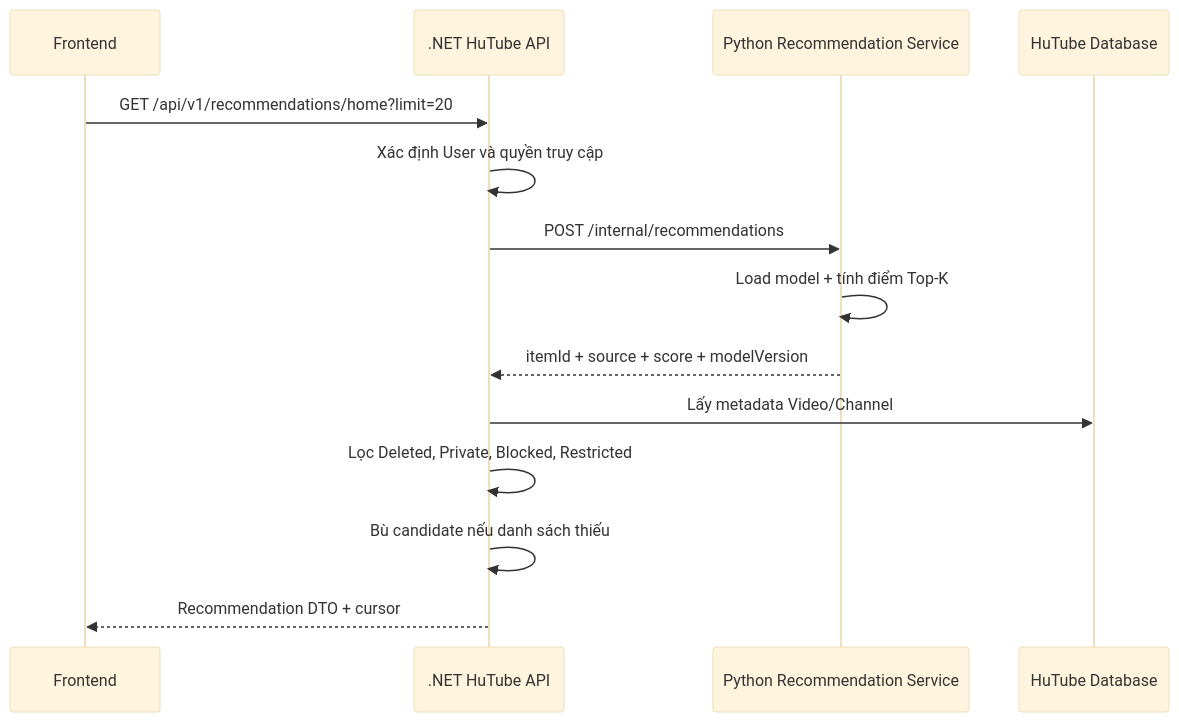
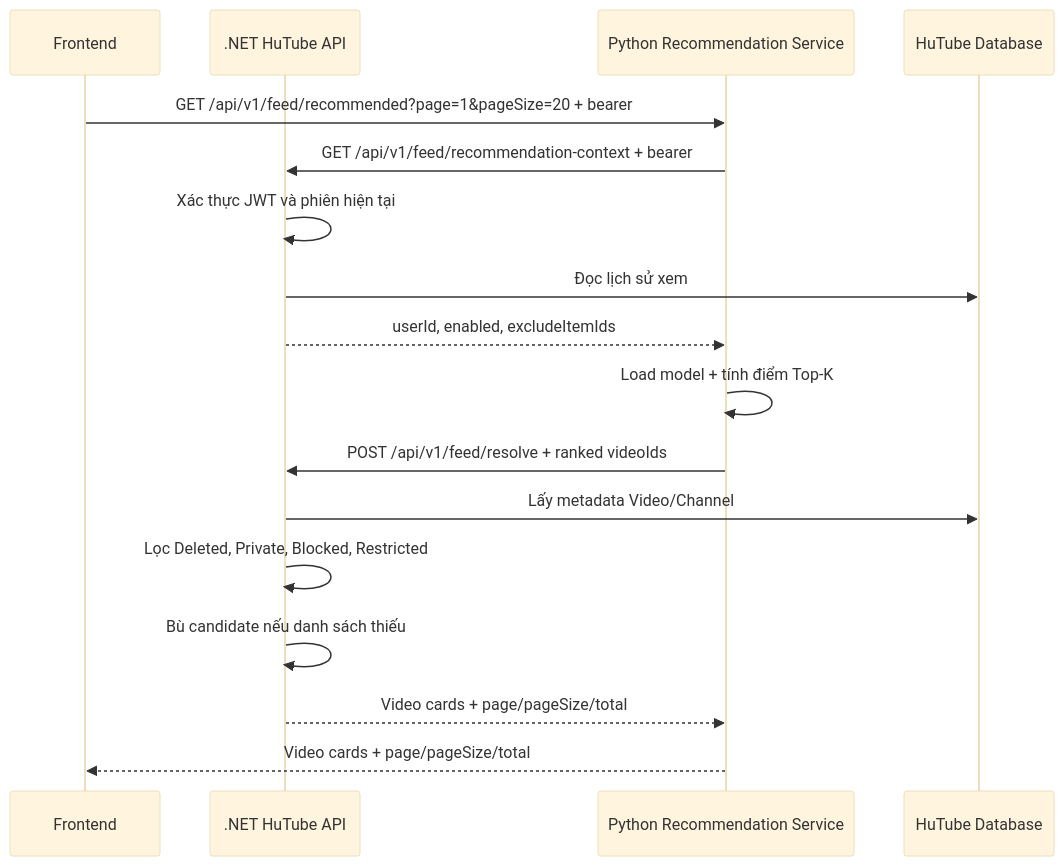
Before and after one commit to DuyLinh0212/HuTube: the second of 3 diagrams in docs/architecture/CF_ARCHITECTURE.md, drawn with Mermaid (base theme). The commit also changed other lines of this file and 34 other files, not shown here.

Commit message:
Route web and mobile recommendation feeds directly to FastAPI

```diff
--- a/docs/architecture/CF_ARCHITECTURE.md
+++ b/docs/architecture/CF_ARCHITECTURE.md
@@ -69,17 +73,20 @@
 ~~~mermaid
 sequenceDiagram
     participant F as Frontend
     participant N as .NET HuTube API
     participant P as Python Recommendation Service
     participant D as HuTube Database
 
-    F->>N: GET /api/v1/recommendations/home?limit=20
-    N->>N: Xác định User và quyền truy cập
-    N->>P: POST /internal/recommendations
+    F->>P: GET /api/v1/feed/recommended?page=1&pageSize=20 + bearer
+    P->>N: GET /api/v1/feed/recommendation-context + bearer
+    N->>N: Xác thực JWT và phiên hiện tại
+    N->>D: Đọc lịch sử xem
+    N-->>P: userId, enabled, excludeItemIds
     P->>P: Load model + tính điểm Top-K
-    P-->>N: itemId + source + score + modelVersion
+    P->>N: POST /api/v1/feed/resolve + ranked videoIds
     N->>D: Lấy metadata Video/Channel
     N->>N: Lọc Deleted, Private, Blocked, Restricted
     N->>N: Bù candidate nếu danh sách thiếu
-    N-->>F: Recommendation DTO + cursor
+    N-->>P: Video cards + page/pageSize/total
+    P-->>F: Video cards + page/pageSize/total
 ~~~
```
